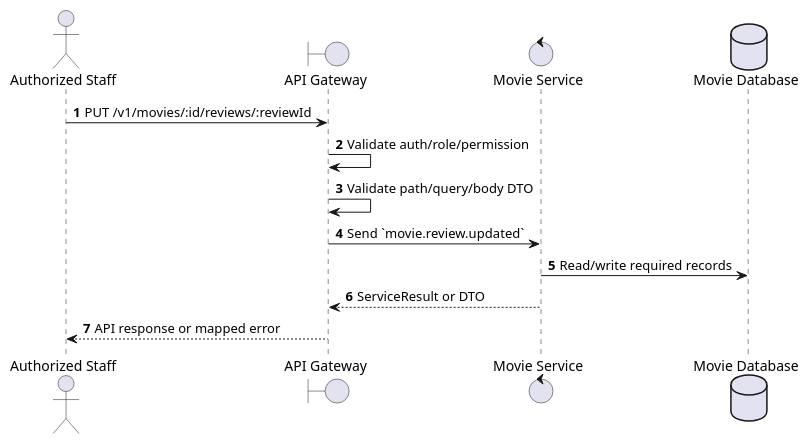
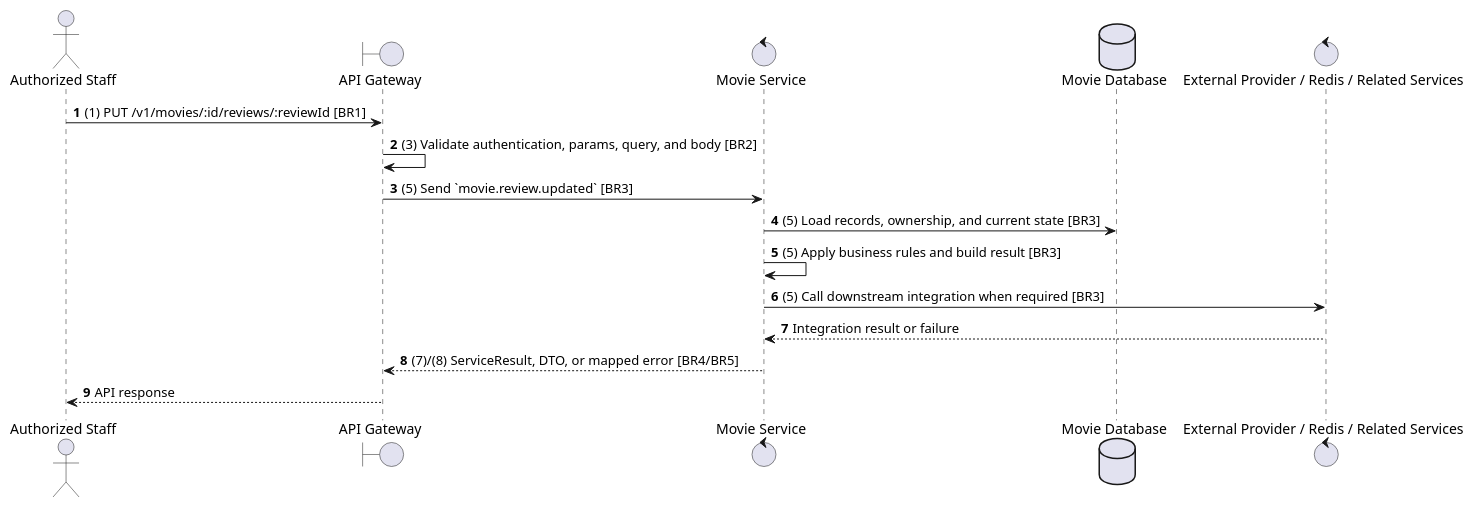
Before and after one commit to Tanh1603/movie-hub-architecture: the second of 2 diagrams in docs/functional_specs/3.3.4_Movie_Reviews/RV-04_Update_Review.md, drawn with PlantUML. The commit also changed other lines of this file and 129 other files, not shown here.

````diff
--- a/docs/functional_specs/3.3.4_Movie_Reviews/RV-04_Update_Review.md
+++ b/docs/functional_specs/3.3.4_Movie_Reviews/RV-04_Update_Review.md
@@ -17,17 +64,20 @@
 ```plantuml
 @startuml
 autonumber
 actor "Authorized Staff" as Actor
 boundary "API Gateway" as GW
 control "Movie Service" as SVC
 database "Movie Database" as DB
+control "External Provider / Redis / Related Services" as EXT
 
-Actor -> GW: PUT /v1/movies/:id/reviews/:reviewId
-GW -> GW: Validate auth/role/permission
-GW -> GW: Validate path/query/body DTO
-GW -> SVC: Send `movie.review.updated`
-SVC -> DB: Read/write required records
-SVC --> GW: ServiceResult or DTO
-GW --> Actor: API response or mapped error
+Actor -> GW: (1) PUT /v1/movies/:id/reviews/:reviewId [BR1]
+GW -> GW: (3) Validate authentication, params, query, and body [BR2]
+GW -> SVC: (5) Send `movie.review.updated` [BR3]
+SVC -> DB: (5) Load records, ownership, and current state [BR3]
+SVC -> SVC: (5) Apply business rules and build result [BR3]
+SVC -> EXT: (5) Call downstream integration when required [BR3]
+EXT --> SVC: Integration result or failure
+SVC --> GW: (7)/(8) ServiceResult, DTO, or mapped error [BR4/BR5]
+GW --> Actor: API response
 @enduml
 ```
````
